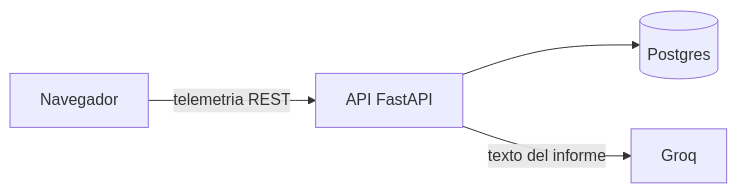
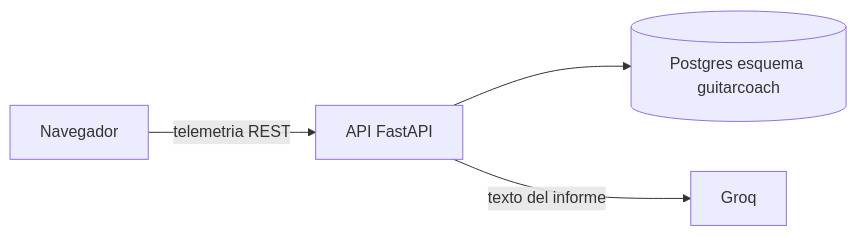
One commit to Juan-Camilo-Martinez-B/GuitarCoach_backend changed the diagram in README.md. Above: the diagram before and after it, drawn with Mermaid. The commit also changed other lines of this file and 3 other files, not shown here.

````diff
--- a/README.md
+++ b/README.md
@@ -23,10 +49,10 @@
 ```mermaid
 flowchart LR
   navegador[Navegador]
   api[API FastAPI]
-  db[(Postgres)]
+  db[(Postgres esquema guitarcoach)]
   tutor[Groq]
   navegador -->|telemetria REST| api
   api --> db
   api -->|texto del informe| tutor
 ```
````
